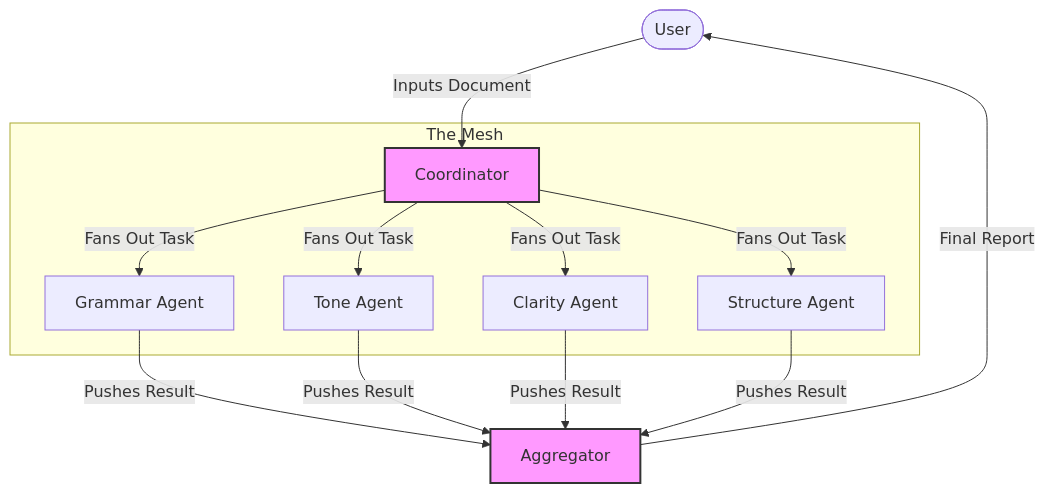
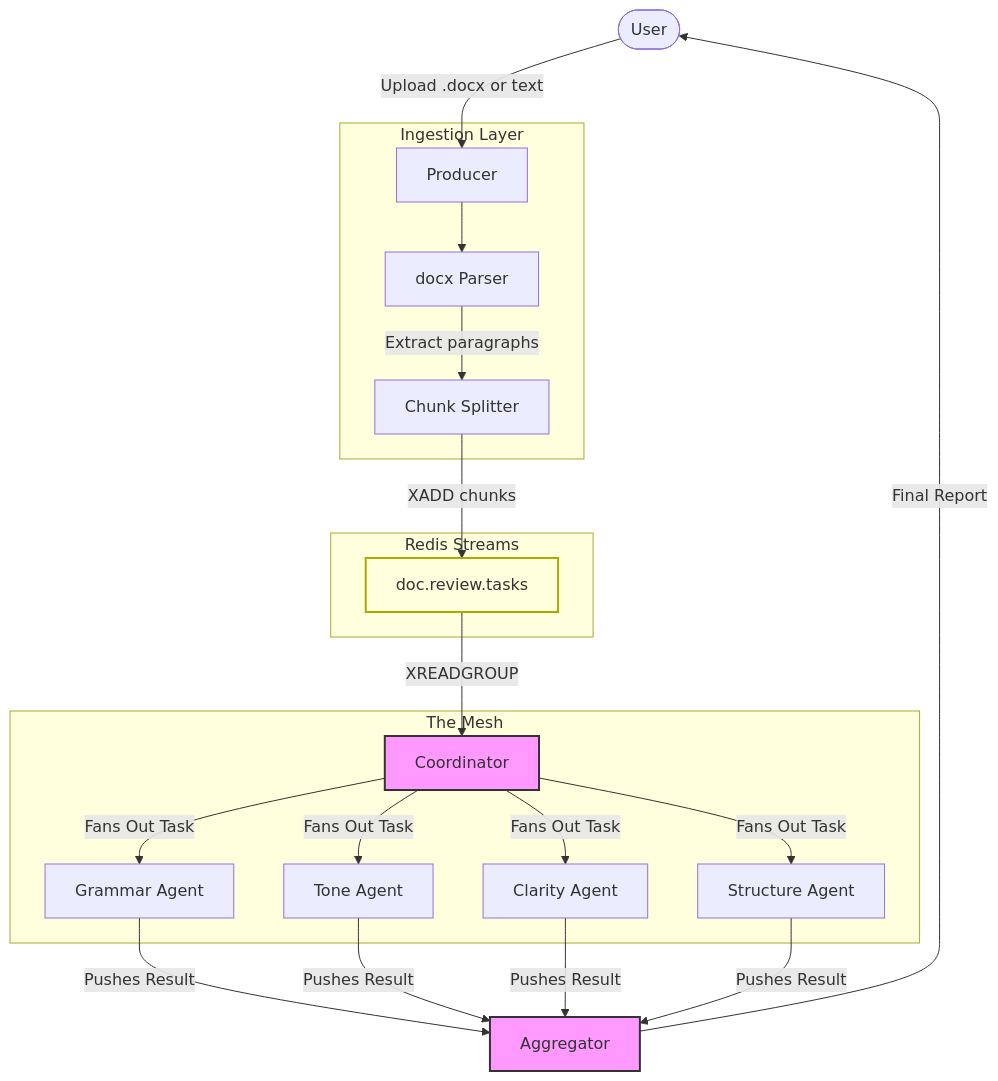
Before and after one commit to mehdi-mirzapour/agentic-mesh-tutorial: the first of 2 diagrams in README.md, drawn with Mermaid. The commit also changed other lines of this file, not shown here.

Commit message:
docs: add detailed ingestion pipeline and KEDA autoscaling diagrams to README

````diff
--- a/README.md
+++ b/README.md
@@ -26,28 +26,43 @@
 ```mermaid
 graph TD
     User([User])
+
+    subgraph sg_ingest [Ingestion Layer]
+        Prod[Producer]
+        Parse[docx Parser]
+        Split[Chunk Splitter]
+    end
+
+    subgraph sg_redis [Redis Streams]
+        RS[doc.review.tasks]
+    end
 
     subgraph sg_mesh [The Mesh]
         C[Coordinator]
         G[Grammar Agent]
         T[Tone Agent]
         Cl[Clarity Agent]
         S[Structure Agent]
     end
 
     A[Aggregator]
 
-    User -->|Inputs Document| C
+    User -->|Upload .docx or text| Prod
+    Prod --> Parse
+    Parse -->|Extract paragraphs| Split
+    Split -->|XADD chunks| RS
+    RS -->|XREADGROUP| C
     C -->|Fans Out Task| G
     C -->|Fans Out Task| T
     C -->|Fans Out Task| Cl
     C -->|Fans Out Task| S
     G -->|Pushes Result| A
     T -->|Pushes Result| A
     Cl -->|Pushes Result| A
     S -->|Pushes Result| A
     A -->|Final Report| User
 
     style C fill:#f9f,stroke:#333,stroke-width:2px
     style A fill:#f9f,stroke:#333,stroke-width:2px
+    style RS fill:#ffd,stroke:#aa0,stroke-width:2px
 ```
````
